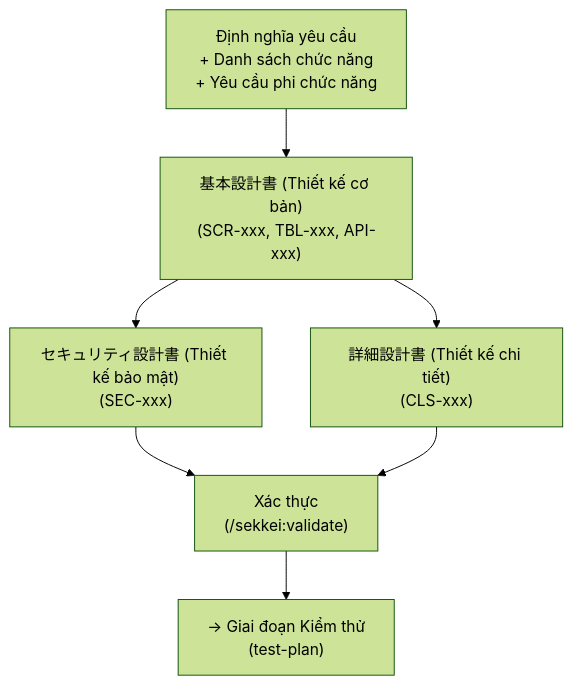
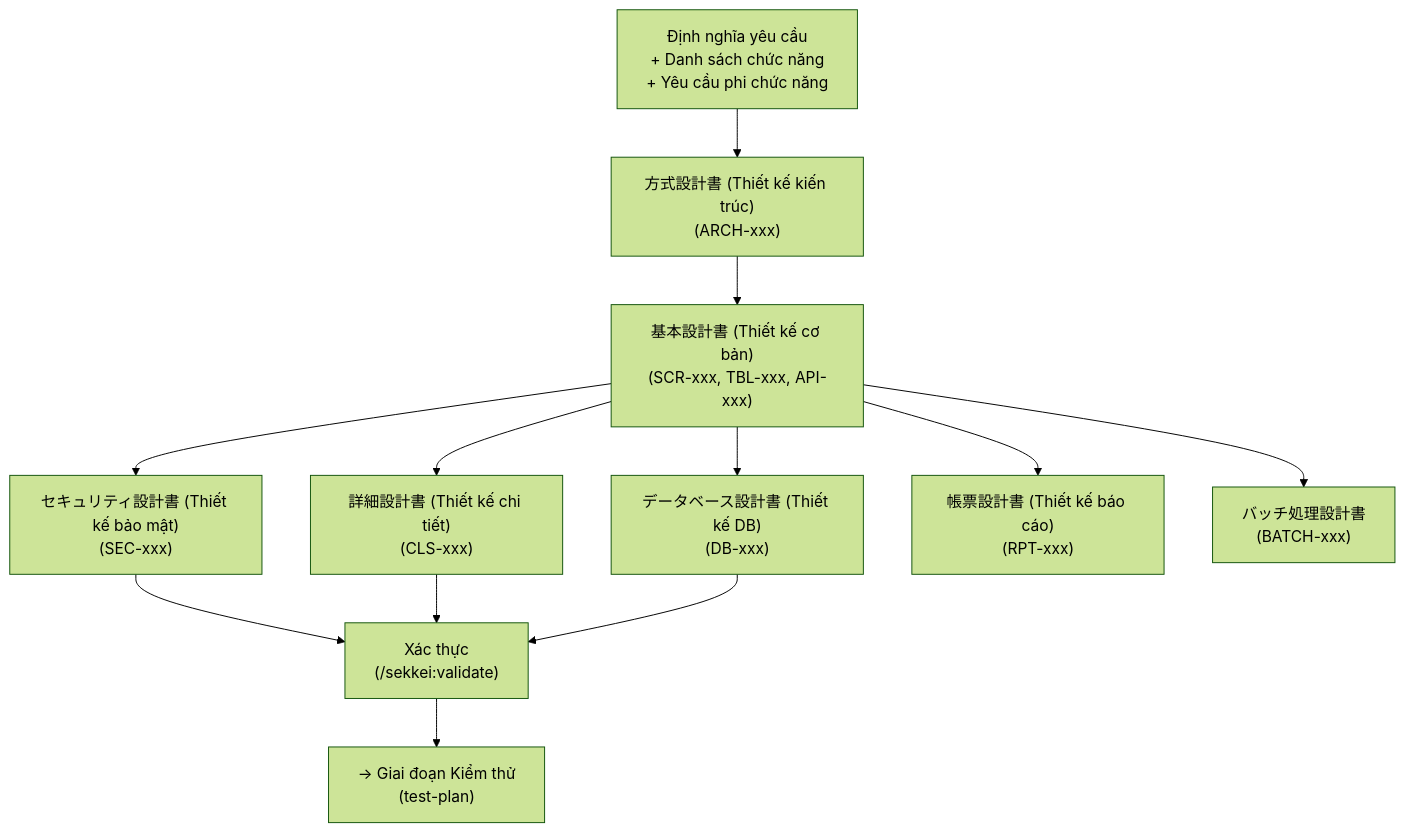
Before and after one commit to bienhoang/sekkei-ai-agents: the diagram in docs/user-guide/04-workflow/02-design.md, drawn with Mermaid (forest theme). The commit also changed other lines of this file and 7 other files, not shown here.

````diff
--- a/docs/user-guide/04-workflow/02-design.md
+++ b/docs/user-guide/04-workflow/02-design.md
@@ -31,16 +31,25 @@
 ```mermaid
 flowchart TD
     REQ["Định nghĩa yêu cầu\n+ Danh sách chức năng\n+ Yêu cầu phi chức năng"]
+    ARCH["方式設計書 (Thiết kế kiến trúc)\n(ARCH-xxx)"]
     BD["基本設計書 (Thiết kế cơ bản)\n(SCR-xxx, TBL-xxx, API-xxx)"]
     SD["セキュリティ設計書 (Thiết kế bảo mật)\n(SEC-xxx)"]
     DD["詳細設計書 (Thiết kế chi tiết)\n(CLS-xxx)"]
+    DB["データベース設計書 (Thiết kế DB)\n(DB-xxx)"]
+    RPT["帳票設計書 (Thiết kế báo cáo)\n(RPT-xxx)"]
+    BATCH["バッチ処理設計書\n(BATCH-xxx)"]
     VAL["Xác thực\n(/sekkei:validate)"]
     NEXT["→ Giai đoạn Kiểm thử\n(test-plan)"]
 
-    REQ --> BD
+    REQ --> ARCH
+    ARCH --> BD
     BD --> SD
     BD --> DD
+    BD --> DB
+    BD --> RPT
+    BD --> BATCH
     SD --> VAL
     DD --> VAL
+    DB --> VAL
     VAL --> NEXT
 ```
````
